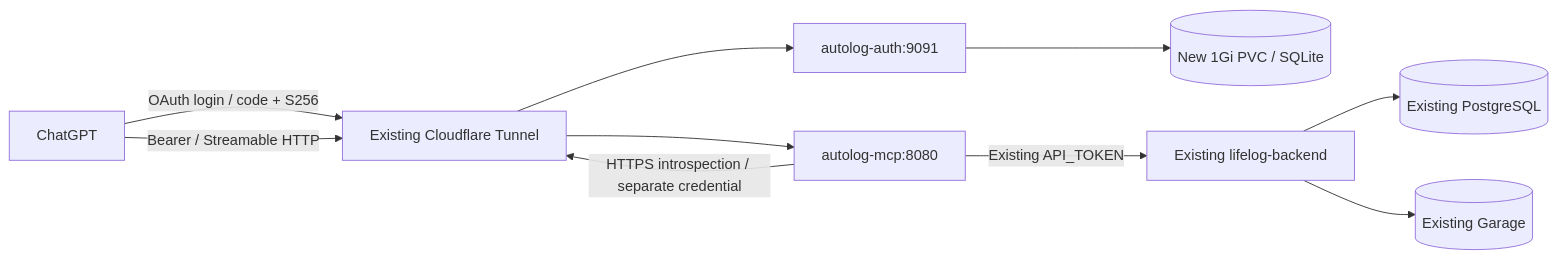
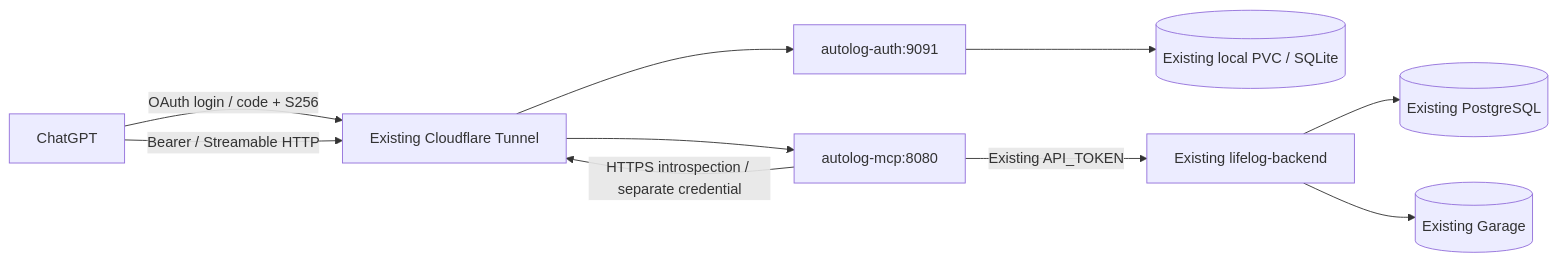
The diagram in docs/mcp-auth-homelab.md (dbdtm123-hub/gptproject), drawn with Mermaid before and after one commit. The commit also changed other lines of this file and 10 other files, not shown here.

````diff
--- a/docs/mcp-auth-homelab.md
+++ b/docs/mcp-auth-homelab.md
@@ -67,12 +70,12 @@
 ```mermaid
 flowchart LR
   C[ChatGPT] -->|OAuth login / code + S256| T[Existing Cloudflare Tunnel]
   T --> A[autolog-auth:9091]
-  A --> D[(New 1Gi PVC / SQLite)]
+  A --> D[(Existing local PVC / SQLite)]
   C -->|Bearer / Streamable HTTP| T
   T --> M[autolog-mcp:8080]
   M -->|HTTPS introspection / separate credential| T
   M -->|Existing API_TOKEN| B[Existing lifelog-backend]
   B --> P[(Existing PostgreSQL)]
   B --> G[(Existing Garage)]
 ```
````
